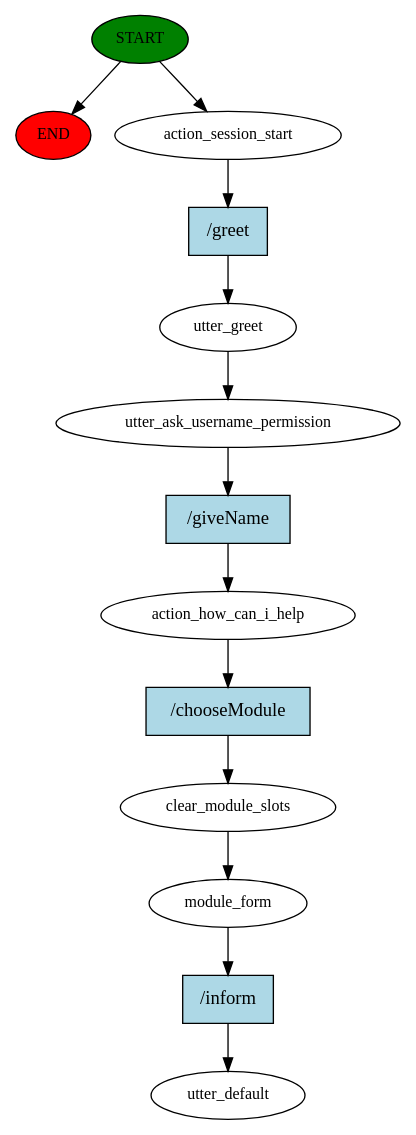
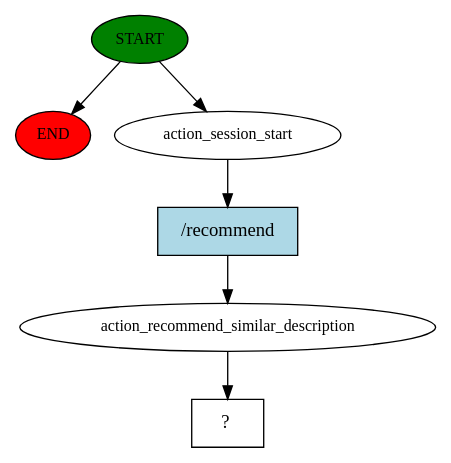
One commit to lewisstevenmackenzie/Dissertation1 changed the diagram in story_graph.dot. Above: the diagram before and after it, drawn with Graphviz. The commit also changed 60 other files, not shown here.

```diff
--- a/story_graph.dot
+++ b/story_graph.dot
@@ -1,27 +1,13 @@
 digraph  {
 0 [class="start active", fillcolor=green, fontsize=12, label=START, style=filled];
 "-1" [class=end, fillcolor=red, fontsize=12, label=END, style=filled];
 1 [class=active, fontsize=12, label=action_session_start];
-2 [class=active, fontsize=12, label=utter_greet];
-3 [class=active, fontsize=12, label=utter_ask_username_permission];
-4 [class=active, fontsize=12, label=action_how_can_i_help];
-5 [class=active, fontsize=12, label=clear_module_slots];
-6 [class=active, fontsize=12, label=module_form];
-7 [class="dashed active", fontsize=12, label=utter_default];
-8 [class="intent active", fillcolor=lightblue, label="/greet", shape=rect, style=filled];
-9 [class="intent active", fillcolor=lightblue, label="/giveName", shape=rect, style=filled];
-10 [class="intent active", fillcolor=lightblue, label="/chooseModule", shape=rect, style=filled];
-11 [class="intent active", fillcolor=lightblue, label="/inform", shape=rect, style=filled];
+2 [class=active, fontsize=12, label=action_recommend_similar_description];
+3 [class="intent dashed active", label="  ?  ", shape=rect];
+4 [class="intent active", fillcolor=lightblue, label="/recommend", shape=rect, style=filled];
 0 -> "-1"  [class="", key=NONE, label=""];
 0 -> 1  [class=active, key=NONE, label=""];
-1 -> 8  [class=active, key=0];
+1 -> 4  [class=active, key=0];
 2 -> 3  [class=active, key=NONE, label=""];
-3 -> 9  [class=active, key=0];
-4 -> 10  [class=active, key=0];
-5 -> 6  [class=active, key=NONE, label=""];
-6 -> 11  [class=active, key=0];
-8 -> 2  [class=active, key=0];
-9 -> 4  [class=active, key=0];
-10 -> 5  [class=active, key=0];
-11 -> 7  [class=active, key=0];
+4 -> 2  [class=active, key=0];
 }
```
